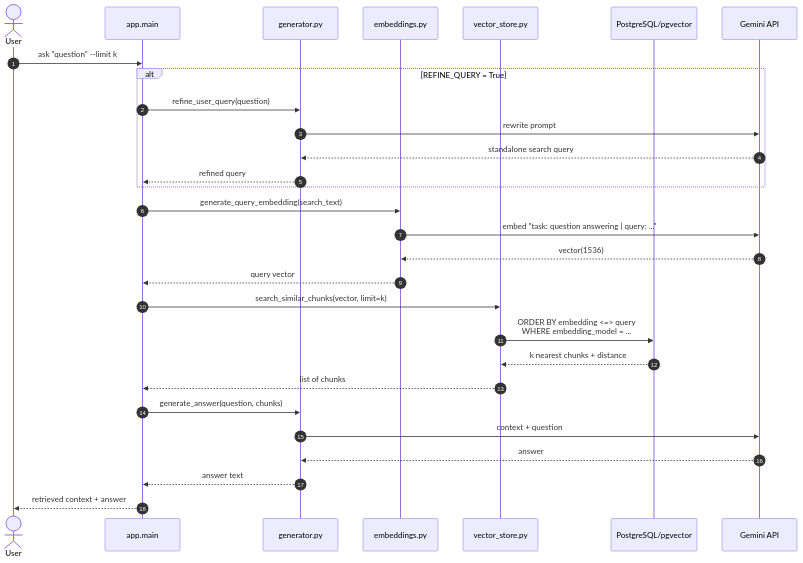
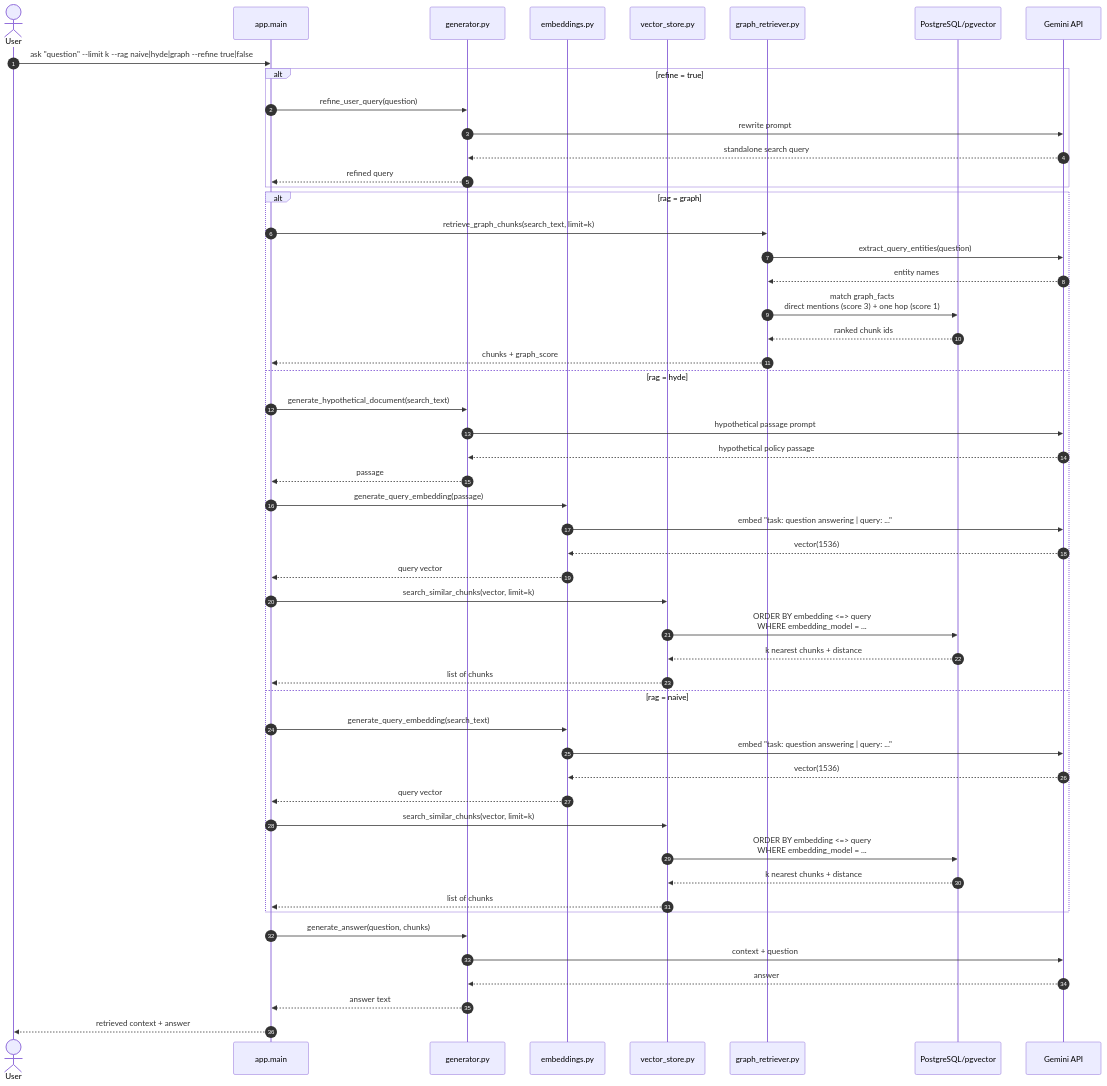
Before and after one commit to nithish-dev-03/pdf-rag: the third of 3 diagrams in README.md, drawn with Mermaid. The commit also changed other lines of this file and 5 other files, not shown here.

Commit message:
feat: implement knowledge graph extraction and retrieval strategies (Graph RAG)

````diff
--- a/README.md
+++ b/README.md
@@ -73,32 +103,55 @@
 ```mermaid
 sequenceDiagram
     autonumber
     actor U as User
     participant CLI as app.main
     participant G as generator.py
     participant E as embeddings.py
     participant V as vector_store.py
+    participant R as graph_retriever.py
     participant PG as PostgreSQL/pgvector
     participant GM as Gemini API
 
-    U->>CLI: ask "question" --limit k
-    alt REFINE_QUERY = True
+    U->>CLI: ask "question" --limit k --rag naive|hyde|graph --refine true|false
+    alt refine = true
         CLI->>G: refine_user_query(question)
         G->>GM: rewrite prompt
         GM-->>G: standalone search query
         G-->>CLI: refined query
     end
-    CLI->>E: generate_query_embedding(search_text)
-    E->>GM: embed "task: question answering | query: ..."
-    GM-->>E: vector(1536)
-    E-->>CLI: query vector
-    CLI->>V: search_similar_chunks(vector, limit=k)
-    V->>PG: ORDER BY embedding <=> query<br/>WHERE embedding_model = ...
-    PG-->>V: k nearest chunks + distance
-    V-->>CLI: list of chunks
+    alt rag = graph
+        CLI->>R: retrieve_graph_chunks(search_text, limit=k)
+        R->>GM: extract_query_entities(question)
+        GM-->>R: entity names
+        R->>PG: match graph_facts<br/>direct mentions (score 3) + one hop (score 1)
+        PG-->>R: ranked chunk ids
+        R-->>CLI: chunks + graph_score
+    else rag = hyde
+        CLI->>G: generate_hypothetical_document(search_text)
+        G->>GM: hypothetical passage prompt
+        GM-->>G: hypothetical policy passage
+        G-->>CLI: passage
+        CLI->>E: generate_query_embedding(passage)
+        E->>GM: embed "task: question answering | query: ..."
+        GM-->>E: vector(1536)
+        E-->>CLI: query vector
+        CLI->>V: search_similar_chunks(vector, limit=k)
+        V->>PG: ORDER BY embedding <=> query<br/>WHERE embedding_model = ...
+        PG-->>V: k nearest chunks + distance
+        V-->>CLI: list of chunks
+    else rag = naive
+        CLI->>E: generate_query_embedding(search_text)
+        E->>GM: embed "task: question answering | query: ..."
+        GM-->>E: vector(1536)
+        E-->>CLI: query vector
+        CLI->>V: search_similar_chunks(vector, limit=k)
+        V->>PG: ORDER BY embedding <=> query<br/>WHERE embedding_model = ...
+        PG-->>V: k nearest chunks + distance
+        V-->>CLI: list of chunks
+    end
     CLI->>G: generate_answer(question, chunks)
     G->>GM: context + question
     GM-->>G: answer
     G-->>CLI: answer text
     CLI-->>U: retrieved context + answer
 ```
````
